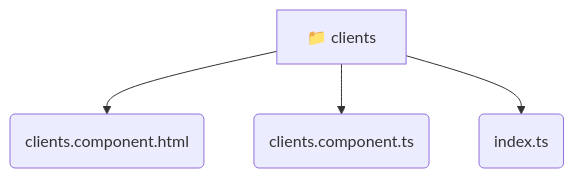
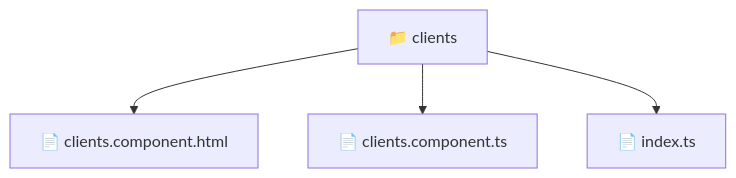
The diagram in frontend/src/pages/clients/README.md (beginwebdev2002/fullstack-mavluda), drawn with Mermaid before and after one commit. The commit also changed other lines of this file and 163 other files, not shown here.

````diff
--- a/frontend/src/pages/clients/README.md
+++ b/frontend/src/pages/clients/README.md
@@ -11,7 +10,7 @@
 ```mermaid
 graph TD
-  clients[📁 clients]
-  clients --> clients_clients_component_html(clients.component.html)
-  clients --> clients_clients_component_ts(clients.component.ts)
-  clients --> clients_index_ts(index.ts)
+  Root["📁 clients"]
+  Root --> clientscomponenthtml["📄 clients.component.html"]
+  Root --> clientscomponentts["📄 clients.component.ts"]
+  Root --> indexts["📄 index.ts"]
 ```
````
